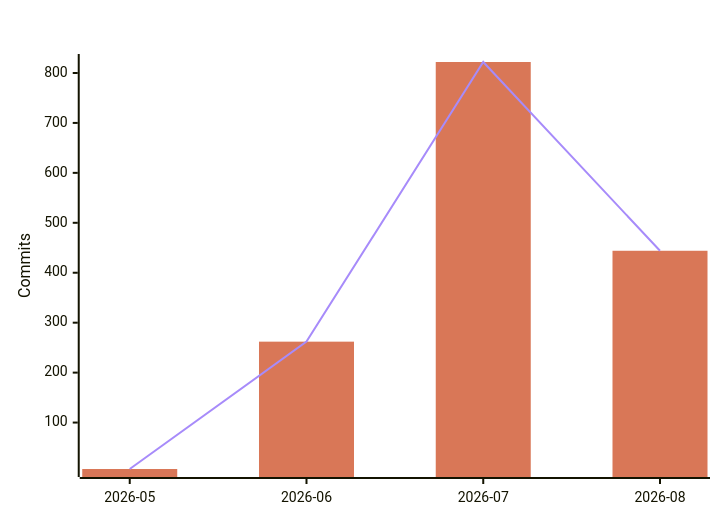
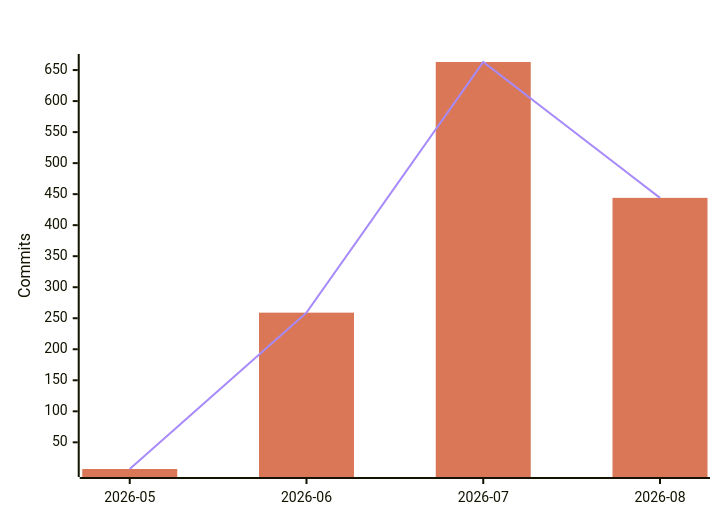
One commit to polo-nyan/polo-nyan changed the fourth of 7 diagrams in README.md. Above: the diagram before and after it, drawn with Mermaid. The commit also changed other lines of this file and 1 other file, not shown here.

````diff
--- a/README.md
+++ b/README.md
@@ -294,9 +294,9 @@
 ```mermaid
 %%{init: {"xyChart": {"titleColor": "#ffffff", "xAxisLabelColor": "#ffffff", "yAxisLabelColor": "#ffffff"}, "themeVariables": {"xyChart": {"titleColor": "#ffffff", "plotColorPalette": "#d97757, #a78bfa"}}}}%%
 xychart-beta
     title "AI-Assisted Commits Per Month"
     x-axis ["2026-05", "2026-06", "2026-07", "2026-08"]
     y-axis "Commits"
-    bar [7, 262, 822, 444]
-    line [7, 262, 822, 444]
+    bar [7, 259, 663, 444]
+    line [7, 259, 663, 444]
 ```
````
